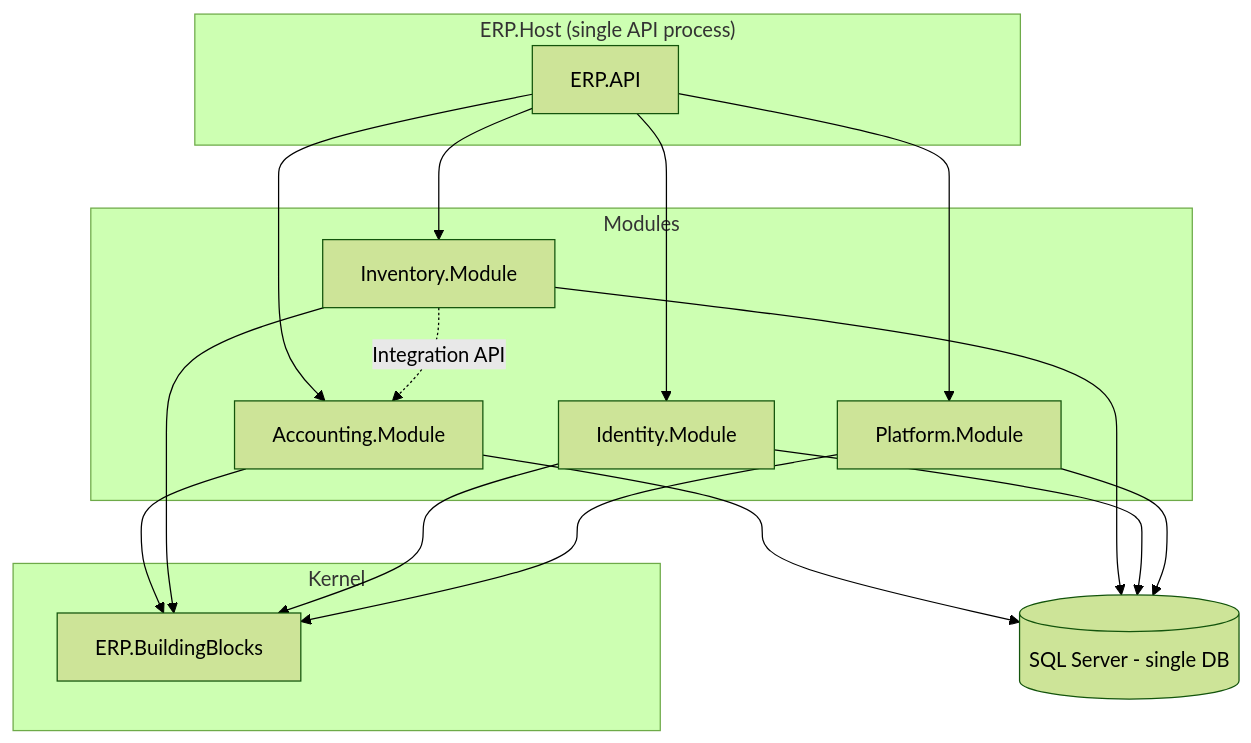
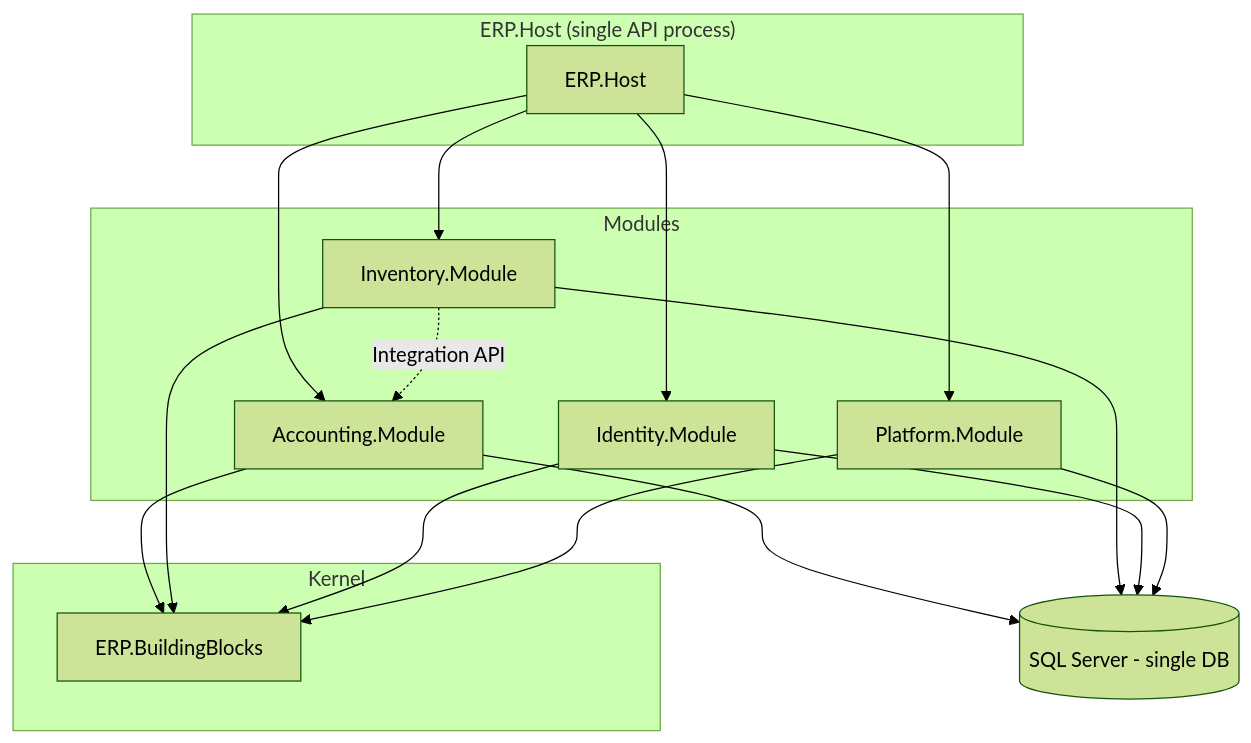
Before and after one commit to AhmedYounis20/AAA.ERP: the first of 3 diagrams in docs/architecture/MODULAR_MONOLITH.md, drawn with Mermaid (forest theme). The commit also changed other lines of this file and 231 other files, not shown here.

First line of the commit message:
Rename ERP.API composition root to ERP.Host (Increment 6b).

````diff
--- a/docs/architecture/MODULAR_MONOLITH.md
+++ b/docs/architecture/MODULAR_MONOLITH.md
@@ -273,36 +273,36 @@
 ```mermaid
 graph TB
     subgraph Host["ERP.Host (single API process)"]
-        API[ERP.API]
+        API[ERP.Host]
     end
 
     subgraph Modules
         ACC[Accounting.Module]
         INV[Inventory.Module]
         IDN[Identity.Module]
         PLT[Platform.Module]
     end
 
     subgraph Kernel
         CORE[ERP.BuildingBlocks]
     end
 
     DB[(SQL Server - single DB)]
 
     API --> ACC
     API --> INV
     API --> IDN
     API --> PLT
 
     ACC --> CORE
     INV --> CORE
     IDN --> CORE
     PLT --> CORE
 
     INV -.->|Integration API| ACC
 
     ACC --> DB
     INV --> DB
     IDN --> DB
     PLT --> DB
 ```
````
